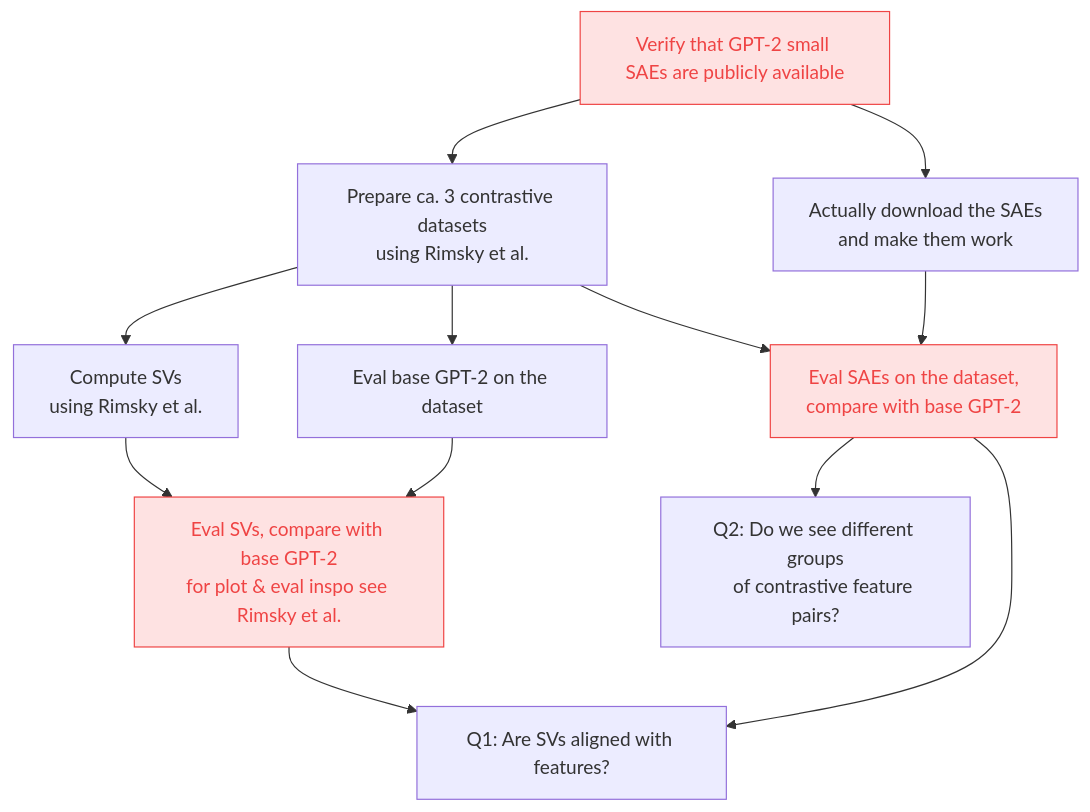
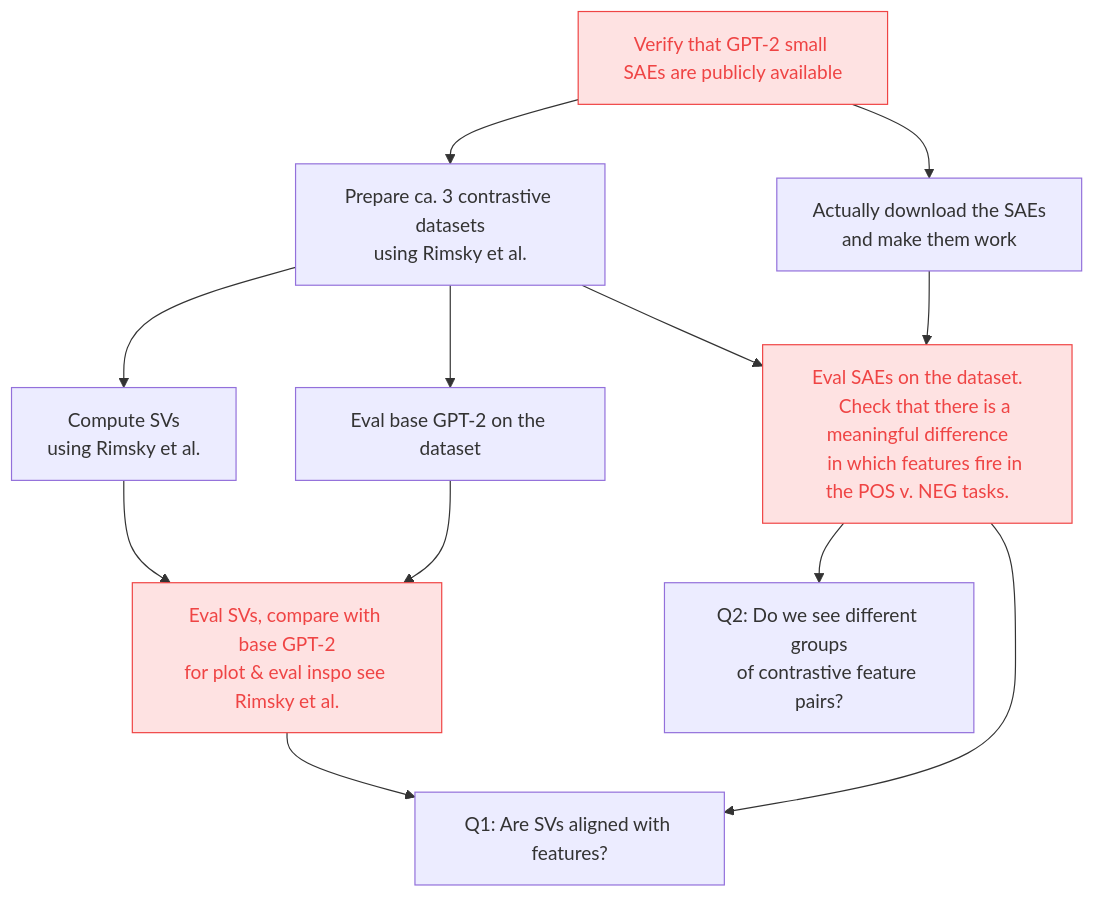
Before and after one commit to Eugleo/eth-supervised-research: the diagram in README.md, drawn with Mermaid. The commit also changed other lines of this file, not shown here.

Commit message:
Small update of what could go wrong

````diff
--- a/README.md
+++ b/README.md
@@ -7,43 +7,47 @@
 ```mermaid
 flowchart TD
 
 %% Node connections
 verify_saes --> dataset
 dataset --> compute_svs
 dataset --> eval_gpt2
 compute_svs --> eval_svs
 eval_gpt2 --> eval_svs
 
 eval_svs --> q1
 
 verify_saes --> run_saes
 dataset --> eval_saes
 run_saes --> eval_saes
 eval_saes --> q1
 eval_saes --> q2
 
 
 %% Node titles
 verify_saes[Verify that GPT-2 small SAEs are publicly available]
 dataset[Prepare ca. 3 contrastive datasets\nusing Rimsky et al.]
 compute_svs[Compute SVs\nusing Rimsky et al.]
 eval_gpt2[Eval base GPT-2 on the dataset]
 run_saes[Actually download the SAEs\nand make them work]
 eval_svs[Eval SVs, compare with base GPT-2\nfor plot & eval inspo see Rimsky et al.]
-eval_saes[Eval SAEs on the dataset,\ncompare with base GPT-2]
+eval_saes[
+    Eval SAEs on the dataset.
+    Check that there is a meaningful difference
+    in which features fire in the POS v. NEG tasks.
+]
 
 %% Questions
 q1[
     Q1: Are SVs aligned with features?
 ]
 q2[
     Q2: Do we see different groups
     of contrastive feature pairs?
 ]
 
 %% Styling for the critical steps
 classDef critical fill:#FEE2E2,stroke:#333,color:#EF4444,stroke:#EF4444
 
 %% List of critical steps
 class verify_saes,eval_svs,eval_saes critical
 ```
````
